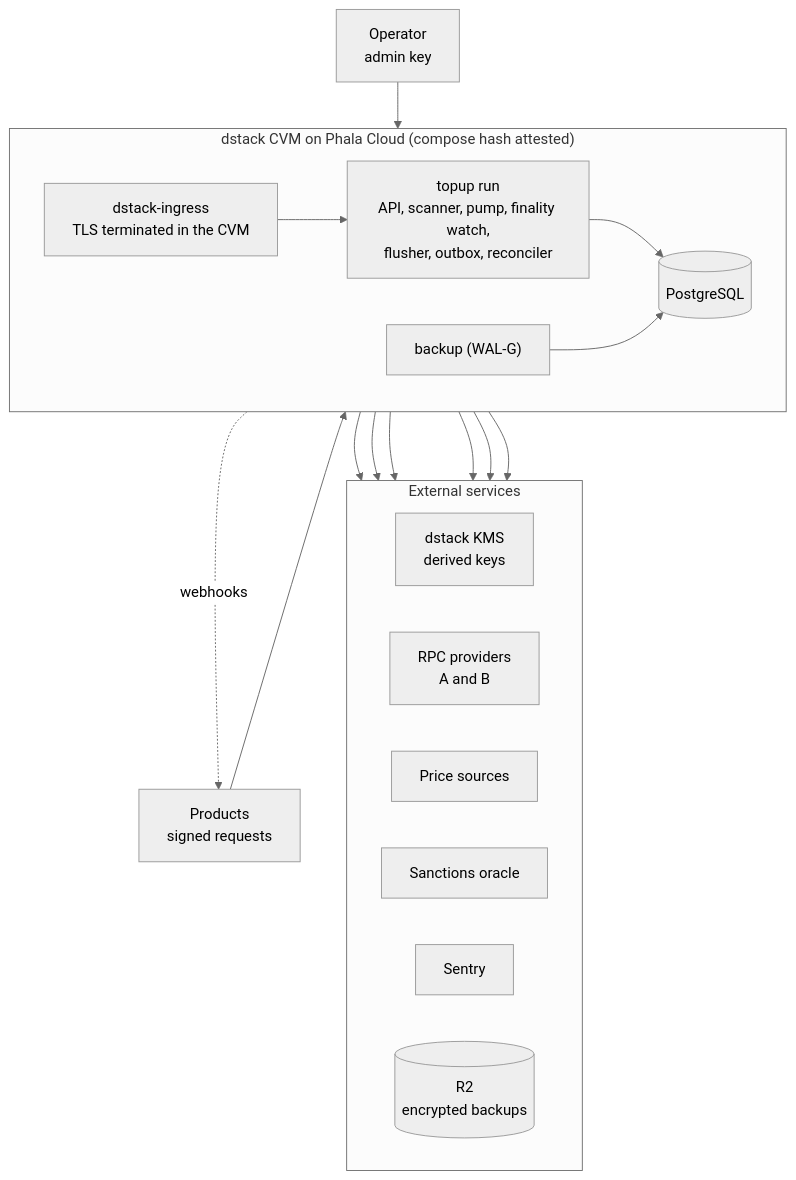
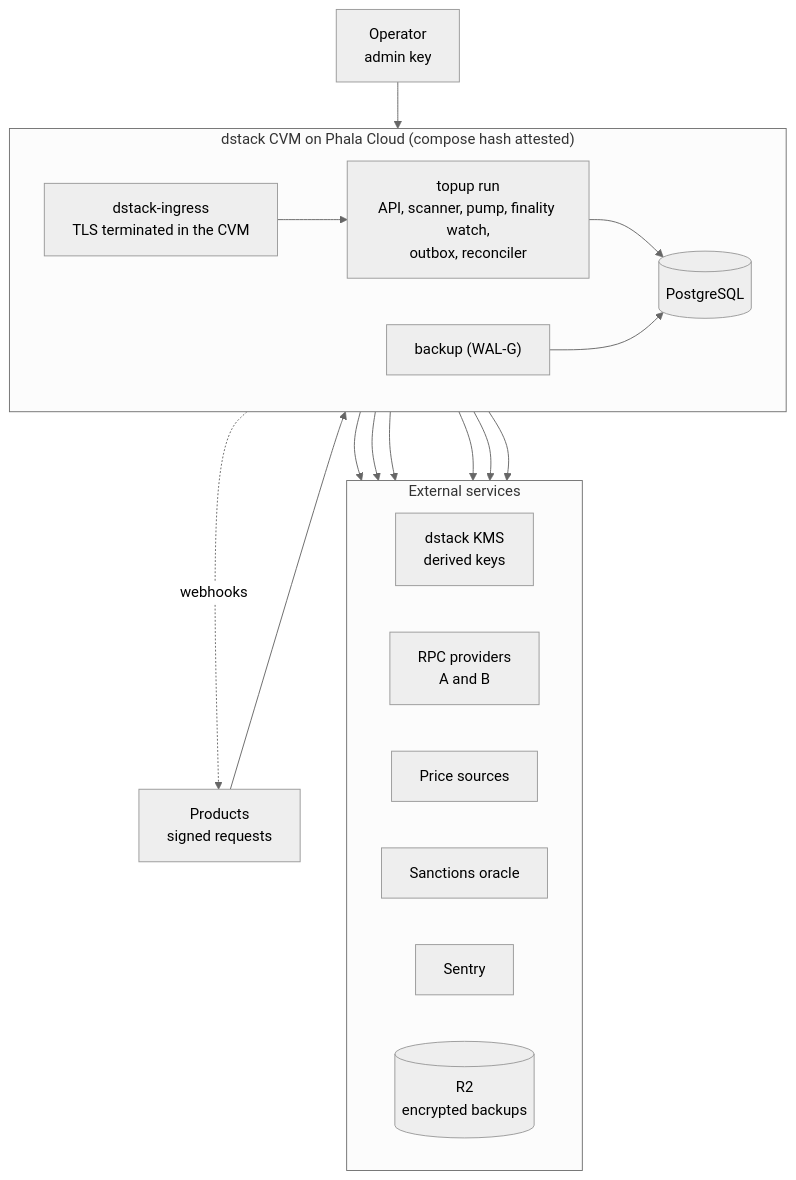
Before and after one commit to Phala-Network/crypto-topup-service: the first of 3 diagrams in docs/architecture.md, drawn with Mermaid (neutral theme). The commit also changed other lines of this file and 112 other files, not shown here.

````diff
--- a/docs/architecture.md
+++ b/docs/architecture.md
@@ -166,28 +166,28 @@
 ```mermaid
 flowchart TB
     products["Products<br/>signed requests"]
     admin["Operator<br/>admin key"]
     subgraph cvm["dstack CVM on Phala Cloud (compose hash attested)"]
         direction LR
         ingress["dstack-ingress<br/>TLS terminated in the CVM"]
-        topup["topup run<br/>API, scanner, pump, finality watch,<br/>flusher, outbox, reconciler"]
+        topup["topup run<br/>API, scanner, pump, finality watch,<br/>outbox, reconciler"]
         pg[("PostgreSQL")]
         backup["backup (WAL-G)"]
         ingress --> topup --> pg
         backup --> pg
     end
     subgraph ext["External services"]
         direction LR
         kms["dstack KMS<br/>derived keys"]
         rpc["RPC providers<br/>A and B"]
         prices["Price sources"]
         oracle["Sanctions oracle"]
         sentry["Sentry"]
         r2[("R2<br/>encrypted backups")]
     end
     products --> ingress
     admin --> ingress
     topup -.->|"webhooks"| products
     topup --> kms & rpc & prices & oracle & sentry
     backup --> r2
 ```
````
